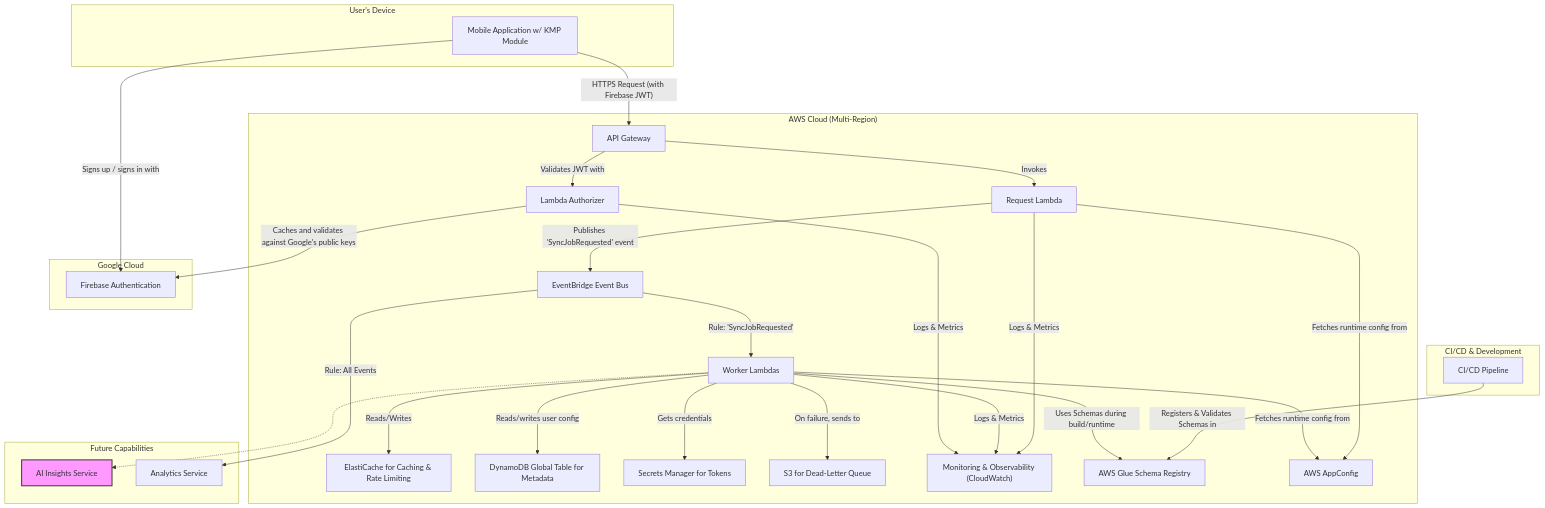
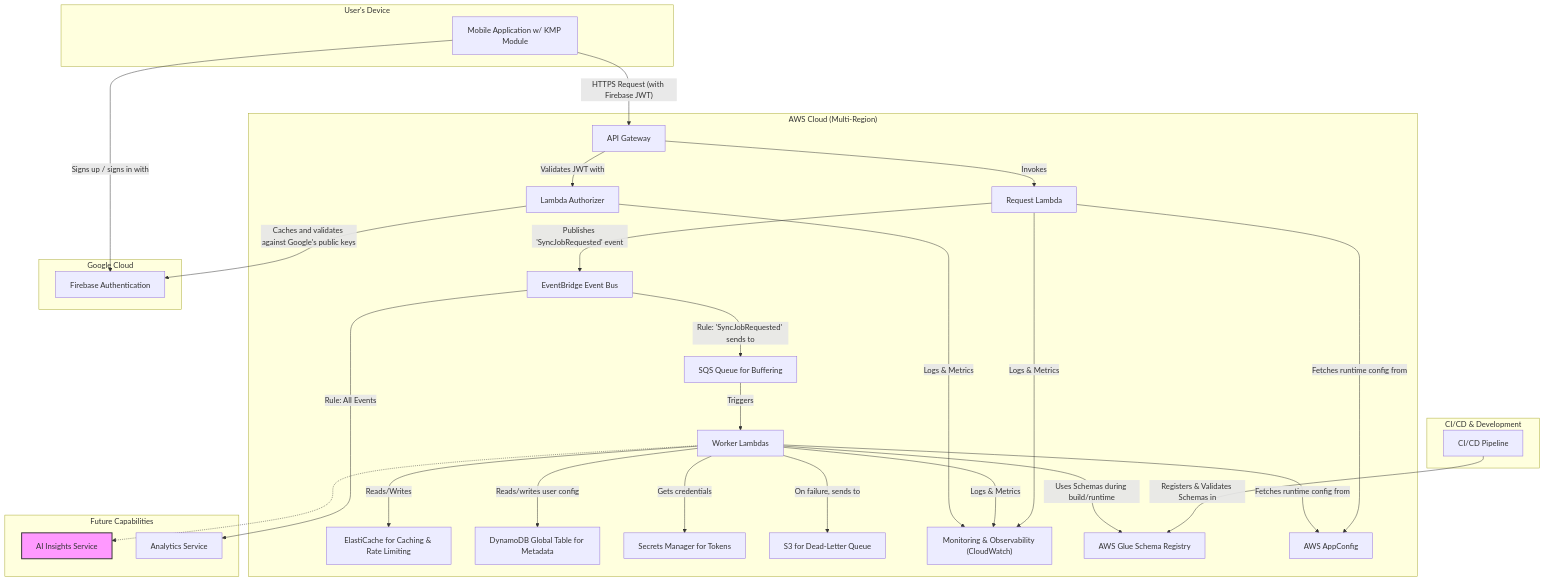
The second of 4 diagrams in 06-technical-architecture.md (dino10bit/healthsync), drawn with Mermaid before and after one commit. The commit also changed other lines of this file, not shown here.

First line of the commit message:
docs: Enhance technical architecture document

````diff
--- a/06-technical-architecture.md
+++ b/06-technical-architecture.md
@@ -67,57 +67,59 @@
 ```mermaid
 graph TD
     subgraph "AWS Cloud (Multi-Region)"
         APIGateway[API Gateway]
         AuthorizerLambda[Lambda Authorizer]
         EventBus[EventBridge Event Bus]
+        SQSQueue[SQS Queue for Buffering]
         ElastiCache[ElastiCache for Caching & Rate Limiting]
         RequestLambda[Request Lambda]
         WorkerLambda[Worker Lambdas]
         DynamoDB[DynamoDB Global Table for Metadata]
         SecretsManager[Secrets Manager for Tokens]
         S3[S3 for Dead-Letter Queue]
         Observability["Monitoring & Observability (CloudWatch)"]
         GlueSchemaRegistry[AWS Glue Schema Registry]
         AppConfig[AWS AppConfig]
     end
 
     subgraph "Google Cloud"
         FirebaseAuth[Firebase Authentication]
     end
 
     subgraph "CI/CD & Development"
         CICD[CI/CD Pipeline]
     end
 
     subgraph "Future Capabilities"
         style AI_Service fill:#f9f,stroke:#333,stroke-width:2px
         AI_Service[AI Insights Service]
         AnalyticsService[Analytics Service]
     end
 
     subgraph "User's Device"
         MobileApp[Mobile Application w/ KMP Module]
     end
 
     MobileApp -- Signs up / signs in with --> FirebaseAuth
     MobileApp -- "HTTPS Request (with Firebase JWT)" --> APIGateway
     APIGateway -- "Validates JWT with" --> AuthorizerLambda
     AuthorizerLambda -- "Caches and validates against Google's public keys"--> FirebaseAuth
     APIGateway -- Invokes --> RequestLambda
     RequestLambda -- "Publishes 'SyncJobRequested' event" --> EventBus
-    EventBus -- "Rule: 'SyncJobRequested'" --> WorkerLambda
+    EventBus -- "Rule: 'SyncJobRequested' sends to" --> SQSQueue
+    SQSQueue -- "Triggers" --> WorkerLambda
     EventBus -- "Rule: All Events" --> AnalyticsService
     WorkerLambda -- Reads/writes user config --> DynamoDB
     WorkerLambda -- Gets credentials --> SecretsManager
     WorkerLambda -- Reads/Writes --> ElastiCache
     WorkerLambda -.-> AI_Service
     WorkerLambda -- "On failure, sends to" --> S3
     CICD -- "Registers & Validates Schemas in" --> GlueSchemaRegistry
     WorkerLambda -- "Uses Schemas during build/runtime" --> GlueSchemaRegistry
     RequestLambda -- "Fetches runtime config from" --> AppConfig
     WorkerLambda -- "Fetches runtime config from" --> AppConfig
 
     RequestLambda -- Logs & Metrics --> Observability
     WorkerLambda -- Logs & Metrics --> Observability
     AuthorizerLambda -- Logs & Metrics --> Observability
 ```
````
